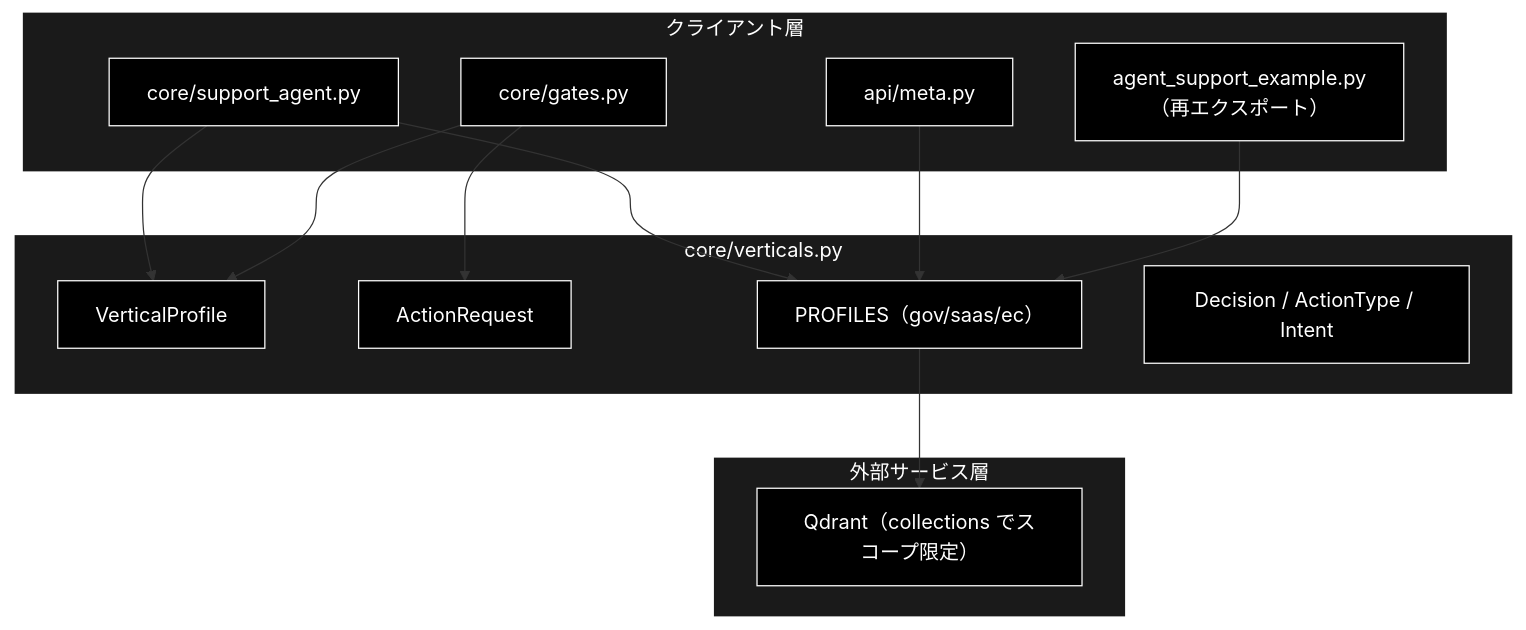
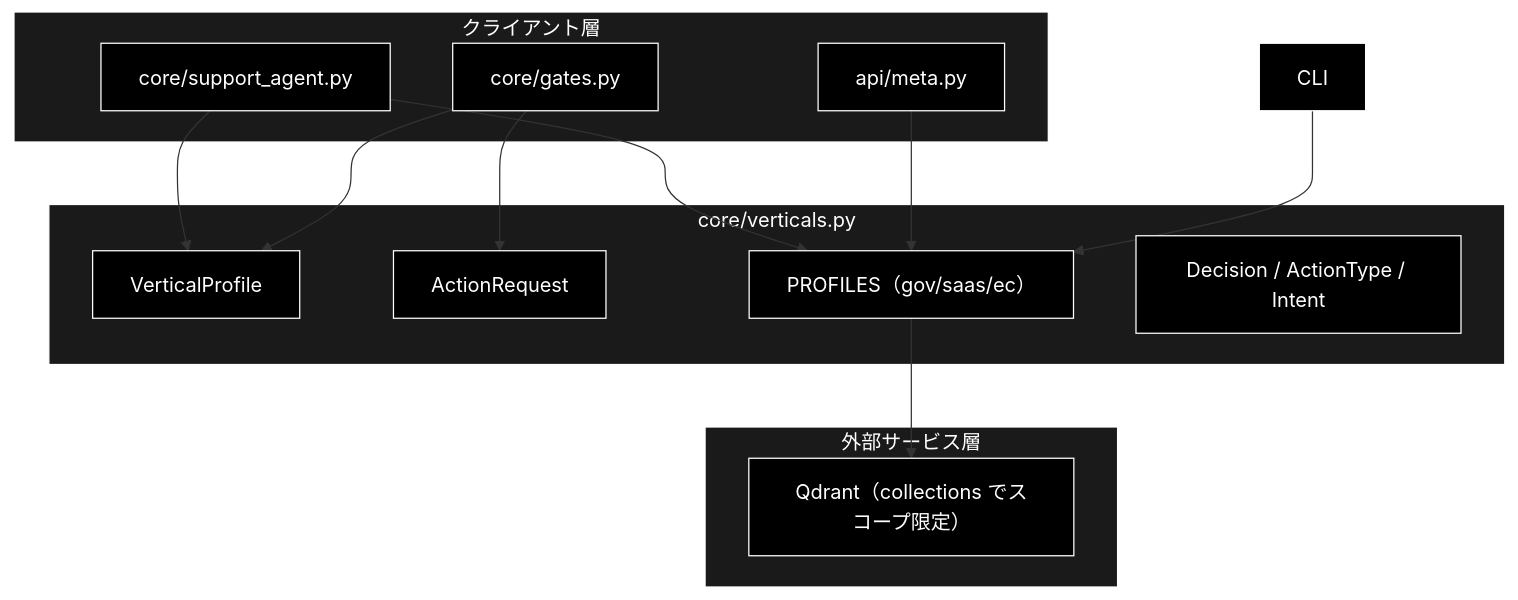
One commit to nakashima2toshio/grace_v2_local changed the first of 3 diagrams in backend/docs/reference/core_verticals.md. Above: the diagram before and after it, drawn with Mermaid. The commit also changed other lines of this file and 61 other files, not shown here.

````diff
--- a/backend/docs/reference/core_verticals.md
+++ b/backend/docs/reference/core_verticals.md
@@ -86,34 +87,33 @@
 ```mermaid
 flowchart TB
     subgraph CLIENT["クライアント層"]
         CORE["core/support_agent.py"]
         GATES["core/gates.py"]
         META["api/meta.py"]
-        CLI["agent_support_example.py（再エクスポート）"]
     end
 
     subgraph MODULE["core/verticals.py"]
         VP["VerticalProfile"]
         AR["ActionRequest"]
         PROF["PROFILES（gov/saas/ec）"]
         TYP["Decision / ActionType / Intent"]
     end
 
     subgraph EXTERNAL["外部サービス層"]
         QDRANT["Qdrant（collections でスコープ限定）"]
     end
 
     CORE --> PROF
     CORE --> VP
     GATES --> VP
     GATES --> AR
     META --> PROF
     CLI --> PROF
     PROF --> QDRANT
 classDef default fill:#000,stroke:#fff,color:#fff
 classDef subgraphStyle fill:#1a1a1a,stroke:#fff,color:#fff
 class CORE,GATES,META,CLI,VP,AR,PROF,TYP,QDRANT default
 style CLIENT fill:#1a1a1a,stroke:#fff,color:#fff
 style MODULE fill:#1a1a1a,stroke:#fff,color:#fff
 style EXTERNAL fill:#1a1a1a,stroke:#fff,color:#fff
 ```
````
